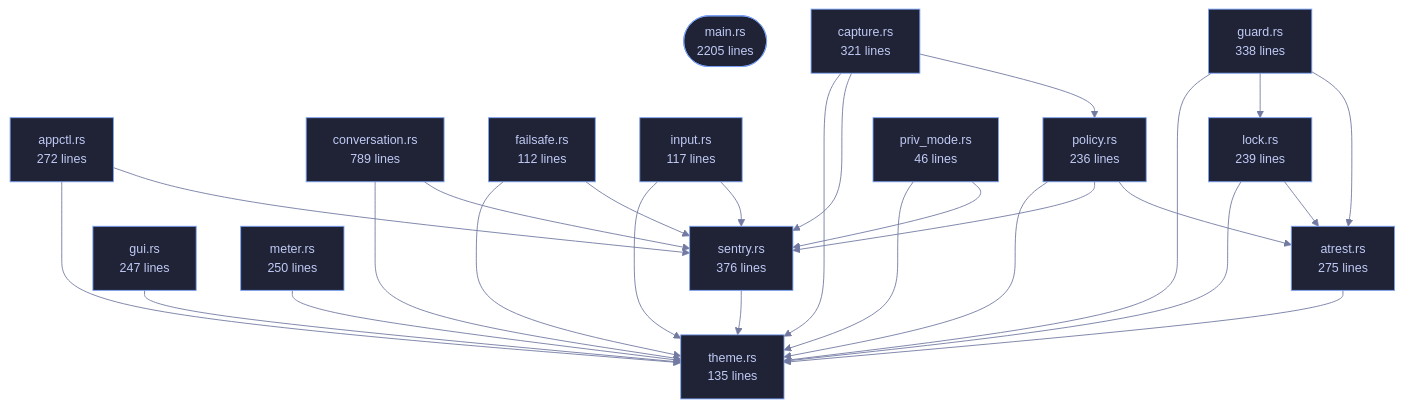
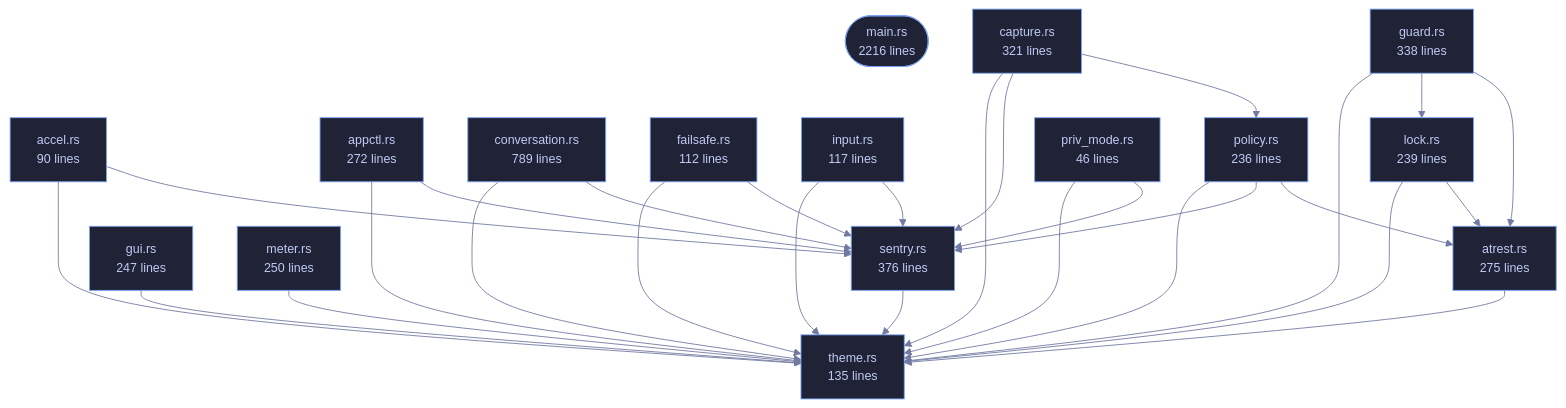
The diagram in wiki/Crate-veilvoice-cli.md (tilas01/veilvoice), drawn with Mermaid before and after one commit. The commit also changed other lines of this file and 50 other files, not shown here.

````diff
--- a/wiki/Crate-veilvoice-cli.md
+++ b/wiki/Crate-veilvoice-cli.md
@@ -97,59 +97,63 @@
 ```mermaid
 %%{init: {"theme":"base","themeVariables":{"background":"#1a1b26","primaryColor":"#1f2335","primaryTextColor":"#c0caf5","primaryBorderColor":"#7aa2f7","secondaryColor":"#16161e","tertiaryColor":"#16161e","lineColor":"#737aa2","textColor":"#c0caf5","mainBkg":"#1f2335","nodeBorder":"#7aa2f7","clusterBkg":"#16161e","clusterBorder":"#2f3549","fontFamily":"ui-monospace, SFMono-Regular, Consolas, monospace","fontSize":"14px"}}}%%
 flowchart TD
-    n_main(["main.rs<br/>2205 lines"])
+    n_main(["main.rs<br/>2216 lines"])
+    n_accel["accel.rs<br/>90 lines"]
     n_appctl["appctl.rs<br/>272 lines"]
     n_atrest["atrest.rs<br/>275 lines"]
     n_capture["capture.rs<br/>321 lines"]
     n_conversation["conversation.rs<br/>789 lines"]
     n_failsafe["failsafe.rs<br/>112 lines"]
     n_guard["guard.rs<br/>338 lines"]
     n_gui["gui.rs<br/>247 lines"]
     n_input["input.rs<br/>117 lines"]
     n_lock["lock.rs<br/>239 lines"]
     n_meter["meter.rs<br/>250 lines"]
     n_policy["policy.rs<br/>236 lines"]
     n_priv_mode["priv_mode.rs<br/>46 lines"]
     n_sentry["sentry.rs<br/>376 lines"]
     n_theme["theme.rs<br/>135 lines"]
+    n_accel --> n_sentry
+    n_accel --> n_theme
     n_appctl --> n_sentry
     n_appctl --> n_theme
     n_atrest --> n_theme
     n_capture --> n_policy
     n_capture --> n_sentry
     n_capture --> n_theme
     n_conversation --> n_sentry
     n_conversation --> n_theme
     n_failsafe --> n_sentry
     n_failsafe --> n_theme
     n_guard --> n_atrest
     n_guard --> n_lock
     n_guard --> n_theme
     n_gui --> n_theme
     n_input --> n_sentry
     n_input --> n_theme
     n_lock --> n_atrest
     n_lock --> n_theme
     n_meter --> n_theme
     n_policy --> n_atrest
     n_policy --> n_sentry
     n_policy --> n_theme
     n_priv_mode --> n_sentry
     n_priv_mode --> n_theme
     n_sentry --> n_theme
     click n_main href "https://github.com/tilas01/veilvoice/blob/main/crates/veilvoice-cli/src/main.rs" "open the source"
+    click n_accel href "https://github.com/tilas01/veilvoice/blob/main/crates/veilvoice-cli/src/accel.rs" "open the source"
     click n_appctl href "https://github.com/tilas01/veilvoice/blob/main/crates/veilvoice-cli/src/appctl.rs" "open the source"
     click n_atrest href "https://github.com/tilas01/veilvoice/blob/main/crates/veilvoice-cli/src/atrest.rs" "open the source"
     click n_capture href "https://github.com/tilas01/veilvoice/blob/main/crates/veilvoice-cli/src/capture.rs" "open the source"
     click n_conversation href "https://github.com/tilas01/veilvoice/blob/main/crates/veilvoice-cli/src/conversation.rs" "open the source"
     click n_failsafe href "https://github.com/tilas01/veilvoice/blob/main/crates/veilvoice-cli/src/failsafe.rs" "open the source"
     click n_guard href "https://github.com/tilas01/veilvoice/blob/main/crates/veilvoice-cli/src/guard.rs" "open the source"
     click n_gui href "https://github.com/tilas01/veilvoice/blob/main/crates/veilvoice-cli/src/gui.rs" "open the source"
     click n_input href "https://github.com/tilas01/veilvoice/blob/main/crates/veilvoice-cli/src/input.rs" "open the source"
     click n_lock href "https://github.com/tilas01/veilvoice/blob/main/crates/veilvoice-cli/src/lock.rs" "open the source"
     click n_meter href "https://github.com/tilas01/veilvoice/blob/main/crates/veilvoice-cli/src/meter.rs" "open the source"
     click n_policy href "https://github.com/tilas01/veilvoice/blob/main/crates/veilvoice-cli/src/policy.rs" "open the source"
     click n_priv_mode href "https://github.com/tilas01/veilvoice/blob/main/crates/veilvoice-cli/src/priv_mode.rs" "open the source"
     click n_sentry href "https://github.com/tilas01/veilvoice/blob/main/crates/veilvoice-cli/src/sentry.rs" "open the source"
     click n_theme href "https://github.com/tilas01/veilvoice/blob/main/crates/veilvoice-cli/src/theme.rs" "open the source"
 ```
````
